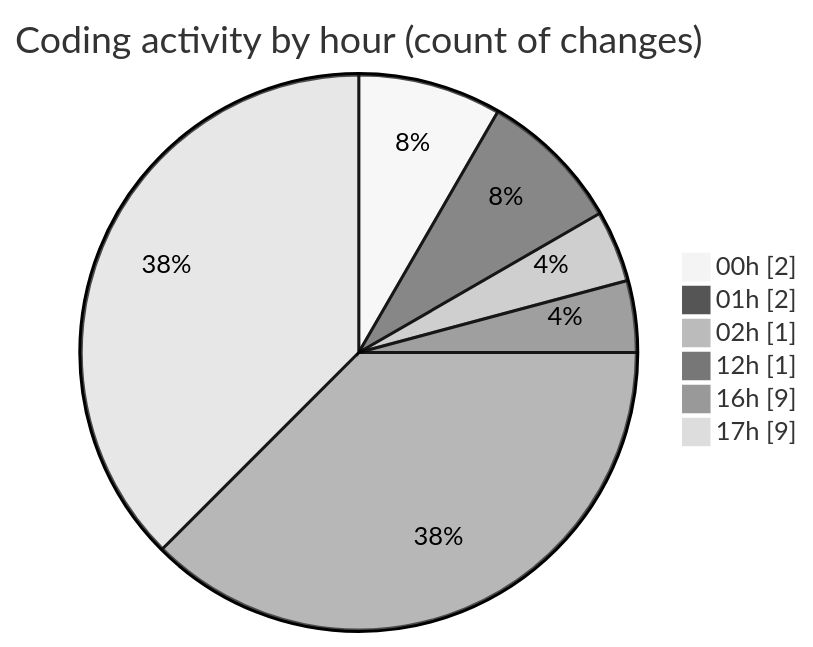
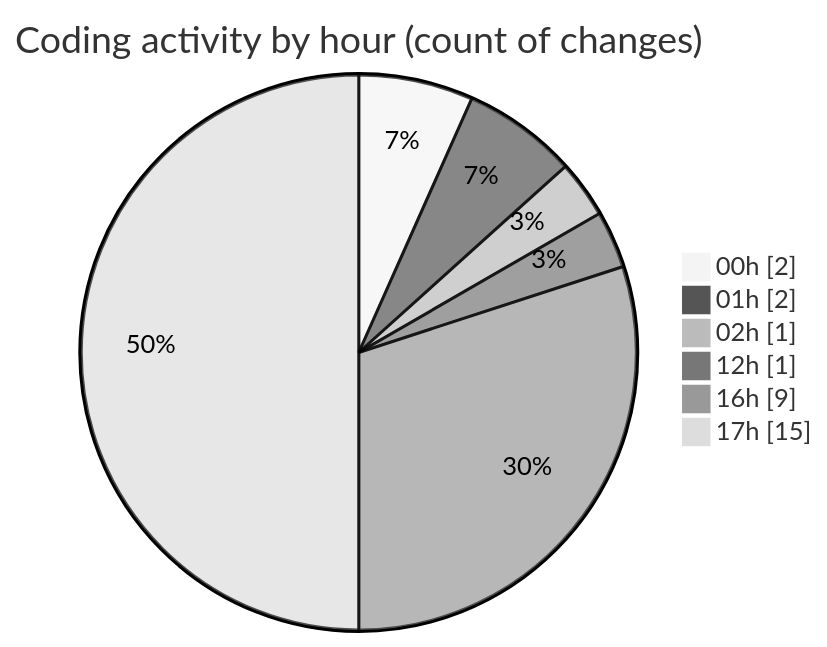
The second of 2 diagrams in 2026-07-09/twenty_versions_aminor/README.md (shibass792/code-tracking), drawn with Mermaid (neutral theme) before and after one commit. The commit also changed other lines of this file and 1 other file, not shown here.

````diff
--- a/2026-07-09/twenty_versions_aminor/README.md
+++ b/2026-07-09/twenty_versions_aminor/README.md
@@ -39,10 +41,10 @@
 ```mermaid
 pie showData
 title Coding activity by hour (count of changes)
 "00h" : 2
 "01h" : 2
 "02h" : 1
 "12h" : 1
 "16h" : 9
-"17h" : 9
+"17h" : 15
 ```
````
